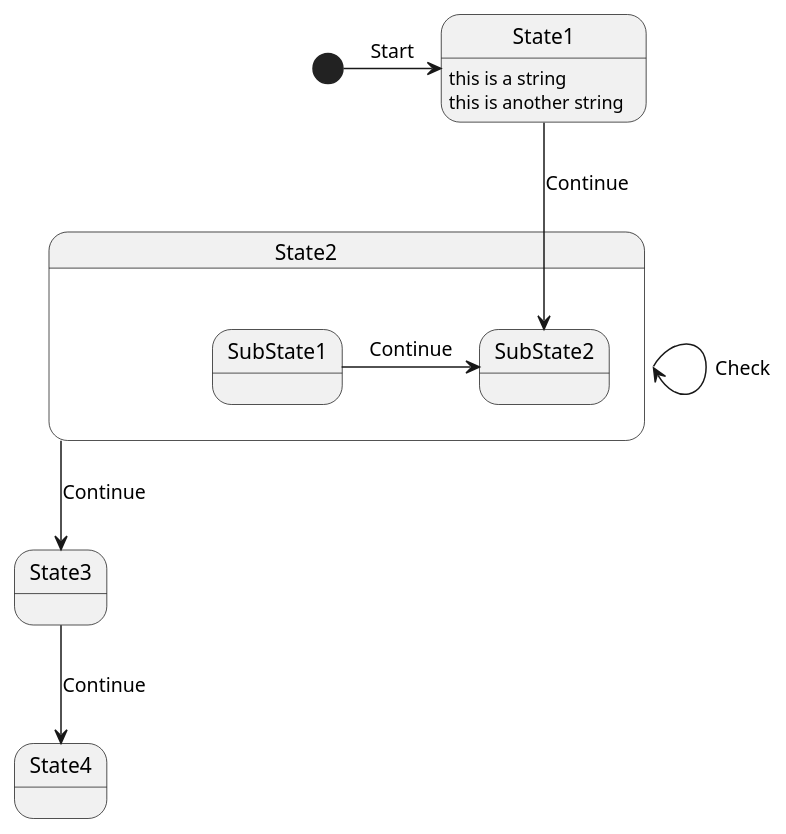
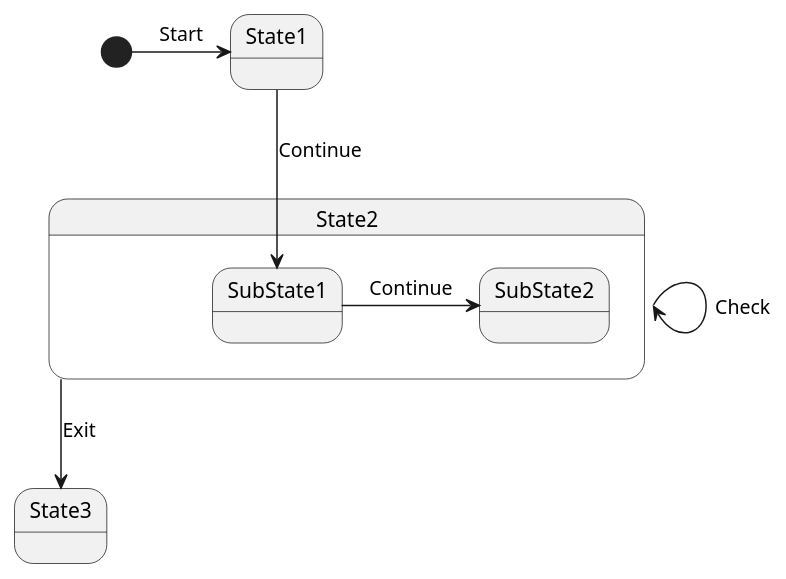
Before and after one commit to vrenken/EtAlii.Generators: the diagram in Source/EtAlii.Generators.MicroMachine.Tests/StateMachines/MyNestedStateMachine1.puml, drawn with PlantUML. The commit also changed 2 other files, not shown here.

```diff
--- a/Source/EtAlii.Generators.MicroMachine.Tests/StateMachines/MyNestedStateMachine1.puml
+++ b/Source/EtAlii.Generators.MicroMachine.Tests/StateMachines/MyNestedStateMachine1.puml
@@ -1,16 +1,13 @@
 @startuml
 'namespace EtAlii.Generators.MicroMachine.Tests
 'class MyNestedStateMachine1Base
 'using System.Text
 
-[*] -> State1 << (string name) >> : Start
-State1 : this is a string
-State1 : this is another string
+[*] -> State1 : Start
 state State2 {
-    State2 -> State2 << (string name) >> : Check
+    State2 -> State2 : Check
     SubState1 -> SubState2 : Continue
 }
-State1 --> SubState2 : Continue
-State2 --> State3 : Continue
-State3 --> State4 << async >> : Continue
+State1 --> SubState1 : Continue
+State2 --> State3 : Exit
 @enduml
```
